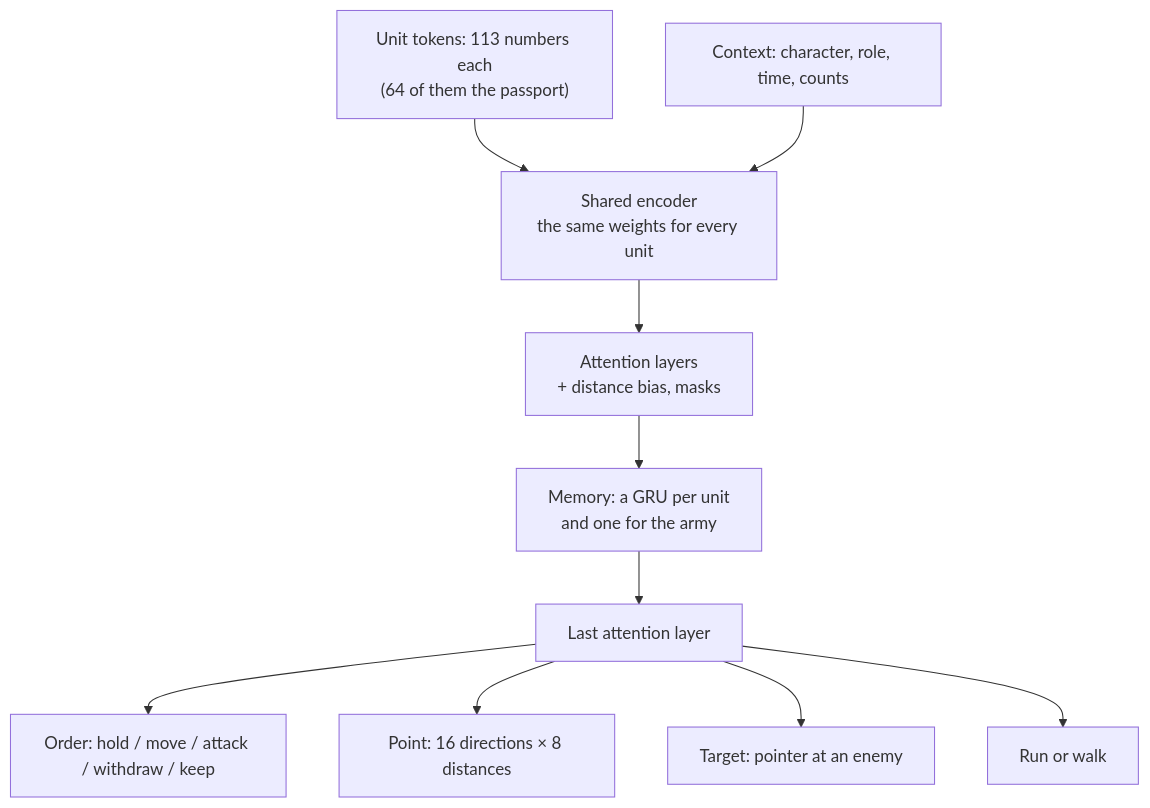
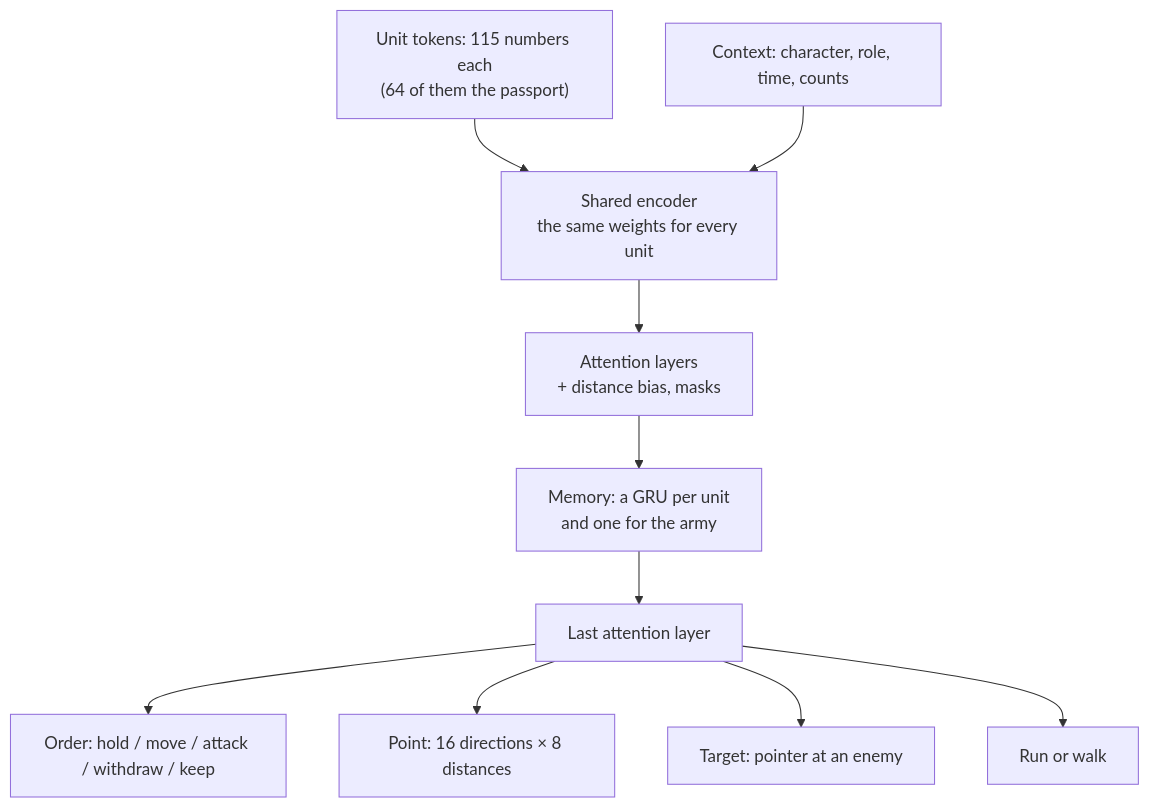
Before and after one commit to DimaZero7/TWW3-batle-ai: the second of 2 diagrams in docs/en/training/model.md, drawn with Mermaid. The commit also changed other lines of this file and 67 other files, not shown here.

````diff
--- a/docs/en/training/model.md
+++ b/docs/en/training/model.md
@@ -81,12 +84,12 @@
 ```mermaid
 flowchart TB
-  tok["Unit tokens: 113 numbers each<br/>(64 of them the passport)"] --> enc["Shared encoder<br/>the same weights for every unit"]
+  tok["Unit tokens: 115 numbers each<br/>(64 of them the passport)"] --> enc["Shared encoder<br/>the same weights for every unit"]
   ctx["Context: character, role, time, counts"] --> enc
   enc --> att["Attention layers<br/>+ distance bias, masks"]
   att --> gru["Memory: a GRU per unit<br/>and one for the army"]
   gru --> last["Last attention layer"]
   last --> kind["Order: hold / move / attack / withdraw / keep"]
   last --> point["Point: 16 directions × 8 distances"]
   last --> ptr["Target: pointer at an enemy"]
   last --> run["Run or walk"]
 ```
````
